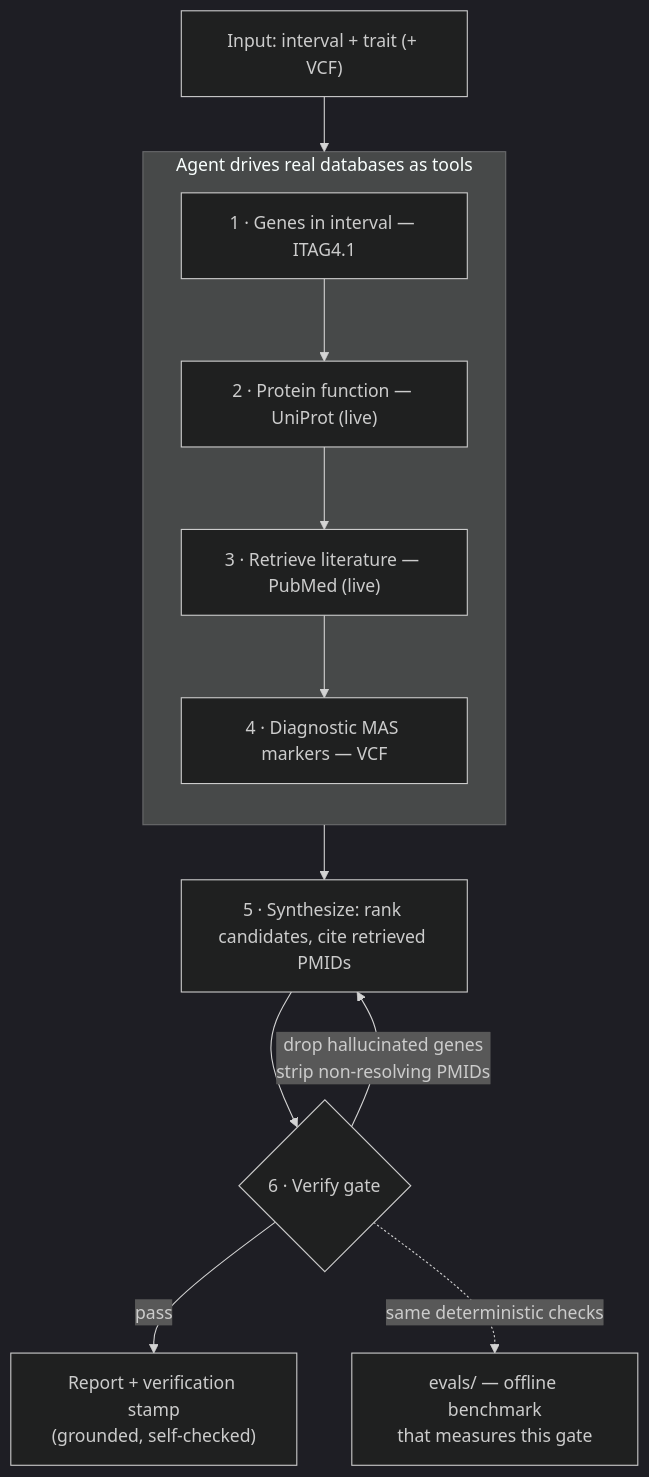
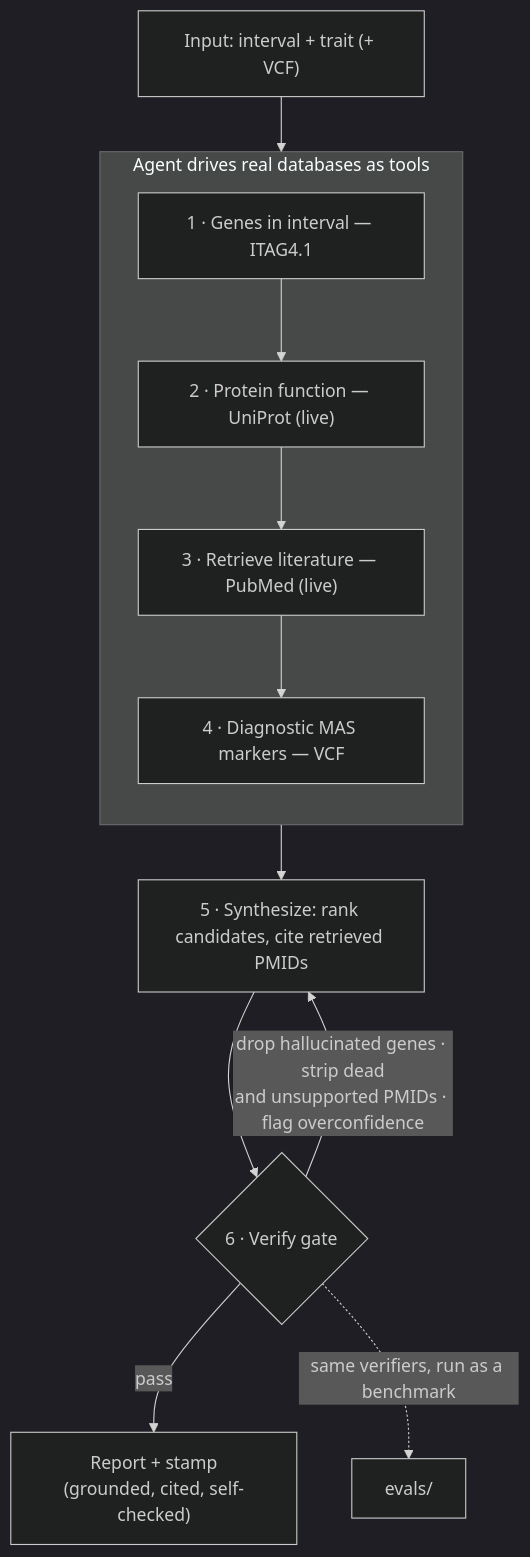
The second of 2 diagrams in README.md (tayloranthonyanderson/haploqtl), drawn with Mermaid (dark theme) before and after one commit. The commit also changed other lines of this file and 3 other files, not shown here.

First line of the commit message:
docs: collapse skill + eval into one section; refresh the worked example to the grounded flow

````diff
--- a/README.md
+++ b/README.md
@@ -118,18 +120,18 @@
 ```mermaid
 flowchart TB
   IN["Input: interval + trait (+ VCF)"]
   subgraph TOOLS["Agent drives real databases as tools"]
     direction TB
     S1["1 · Genes in interval — ITAG4.1"]
     S2["2 · Protein function — UniProt (live)"]
     S3["3 · Retrieve literature — PubMed (live)"]
     S4["4 · Diagnostic MAS markers — VCF"]
     S1 --> S2 --> S3 --> S4
   end
   IN --> S1
   S4 --> S5["5 · Synthesize: rank candidates, cite retrieved PMIDs"]
   S5 --> VG{"6 · Verify gate"}
-  VG -->|"drop hallucinated genes<br/>strip non-resolving PMIDs"| S5
-  VG -->|pass| OUT["Report + verification stamp<br/>(grounded, self-checked)"]
-  VG -.->|"same deterministic checks"| EV["evals/ — offline benchmark<br/>that measures this gate"]
+  VG -->|"drop hallucinated genes · strip dead<br/>and unsupported PMIDs · flag overconfidence"| S5
+  VG -->|pass| OUT["Report + stamp<br/>(grounded, cited, self-checked)"]
+  VG -.->|"same verifiers, run as a benchmark"| EV["evals/"]
 ```
````
